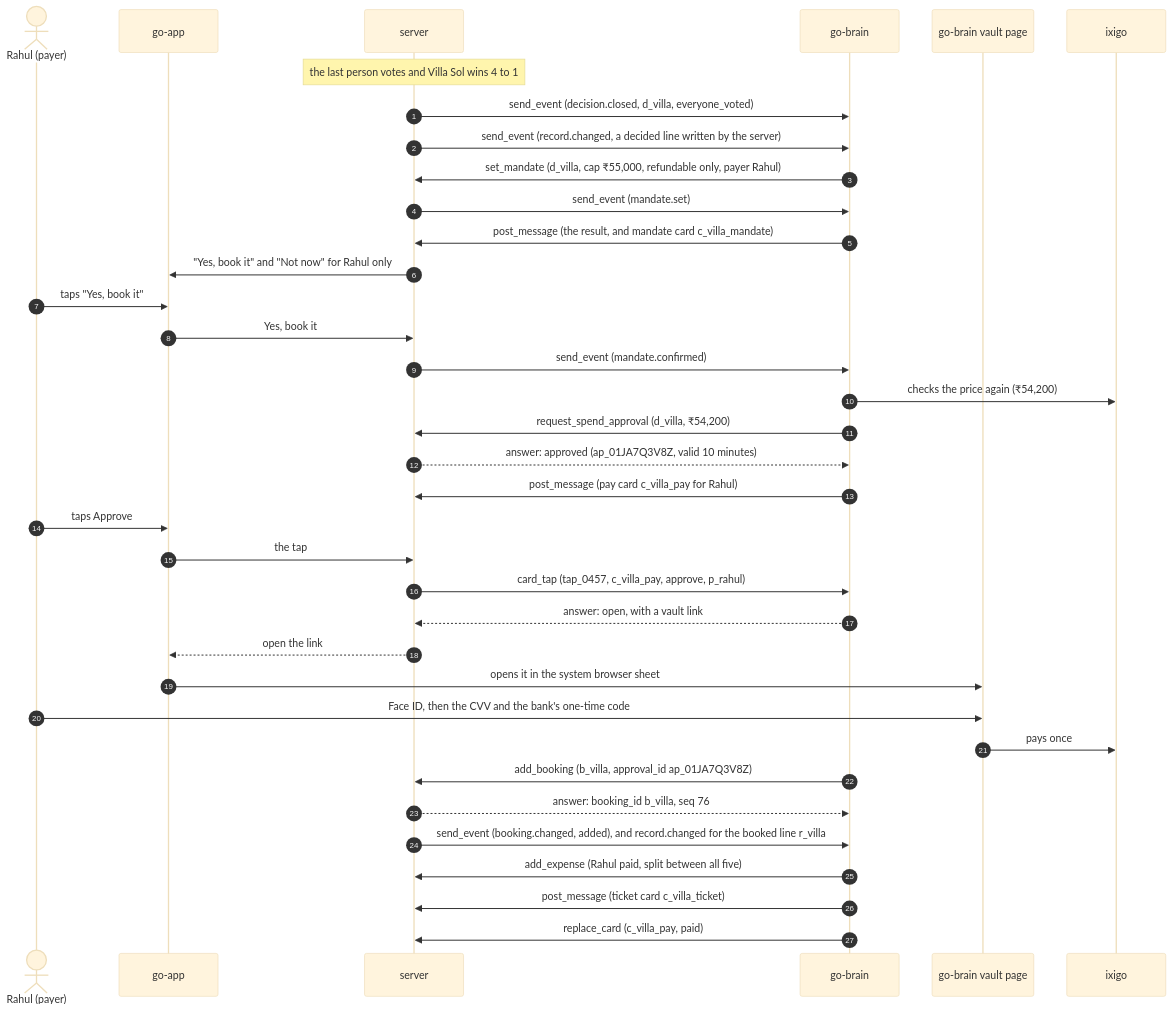
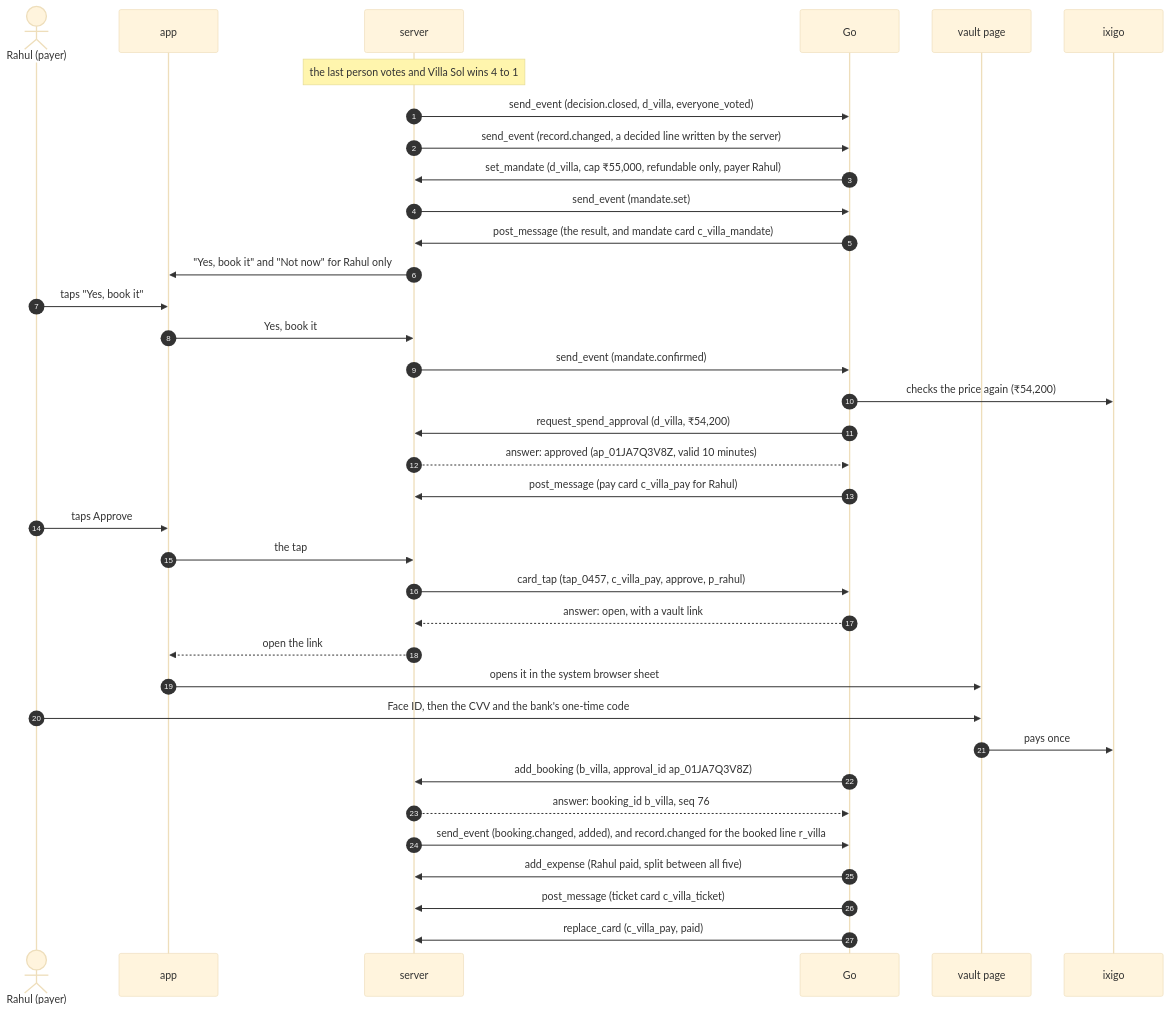
The fourth of 8 diagrams in docs/guide/09-flows.md (vestra-ai/go-brain), drawn with Mermaid (base theme) before and after one commit. The commit also changed other lines of this file and 37 other files, not shown here.

First line of the commit message:
docs: the three parts are the app, the server and Go; inside Go

````diff
--- a/docs/guide/09-flows.md
+++ b/docs/guide/09-flows.md
@@ -125,38 +125,38 @@
 ```mermaid
 sequenceDiagram
   autonumber
   actor Rahul as Rahul (payer)
-  participant app as go-app
+  participant app as app
   participant server as server
-  participant brain as go-brain
-  participant vault as go-brain vault page
+  participant go as Go
+  participant vault as vault page
   participant ixigo
   Note over server: the last person votes and Villa Sol wins 4 to 1
-  server->>brain: send_event (decision.closed, d_villa, everyone_voted)
-  server->>brain: send_event (record.changed, a decided line written by the server)
-  brain->>server: set_mandate (d_villa, cap ₹55,000, refundable only, payer Rahul)
-  server->>brain: send_event (mandate.set)
-  brain->>server: post_message (the result, and mandate card c_villa_mandate)
+  server->>go: send_event (decision.closed, d_villa, everyone_voted)
+  server->>go: send_event (record.changed, a decided line written by the server)
+  go->>server: set_mandate (d_villa, cap ₹55,000, refundable only, payer Rahul)
+  server->>go: send_event (mandate.set)
+  go->>server: post_message (the result, and mandate card c_villa_mandate)
   server->>app: "Yes, book it" and "Not now" for Rahul only
   Rahul->>app: taps "Yes, book it"
   app->>server: Yes, book it
-  server->>brain: send_event (mandate.confirmed)
-  brain->>ixigo: checks the price again (₹54,200)
-  brain->>server: request_spend_approval (d_villa, ₹54,200)
-  server-->>brain: answer: approved (ap_01JA7Q3V8Z, valid 10 minutes)
-  brain->>server: post_message (pay card c_villa_pay for Rahul)
+  server->>go: send_event (mandate.confirmed)
+  go->>ixigo: checks the price again (₹54,200)
+  go->>server: request_spend_approval (d_villa, ₹54,200)
+  server-->>go: answer: approved (ap_01JA7Q3V8Z, valid 10 minutes)
+  go->>server: post_message (pay card c_villa_pay for Rahul)
   Rahul->>app: taps Approve
   app->>server: the tap
-  server->>brain: card_tap (tap_0457, c_villa_pay, approve, p_rahul)
-  brain-->>server: answer: open, with a vault link
+  server->>go: card_tap (tap_0457, c_villa_pay, approve, p_rahul)
+  go-->>server: answer: open, with a vault link
   server-->>app: open the link
   app->>vault: opens it in the system browser sheet
   Rahul->>vault: Face ID, then the CVV and the bank's one-time code
   vault->>ixigo: pays once
-  brain->>server: add_booking (b_villa, approval_id ap_01JA7Q3V8Z)
-  server-->>brain: answer: booking_id b_villa, seq 76
-  server->>brain: send_event (booking.changed, added), and record.changed for the booked line r_villa
-  brain->>server: add_expense (Rahul paid, split between all five)
-  brain->>server: post_message (ticket card c_villa_ticket)
-  brain->>server: replace_card (c_villa_pay, paid)
+  go->>server: add_booking (b_villa, approval_id ap_01JA7Q3V8Z)
+  server-->>go: answer: booking_id b_villa, seq 76
+  server->>go: send_event (booking.changed, added), and record.changed for the booked line r_villa
+  go->>server: add_expense (Rahul paid, split between all five)
+  go->>server: post_message (ticket card c_villa_ticket)
+  go->>server: replace_card (c_villa_pay, paid)
 ```
````
